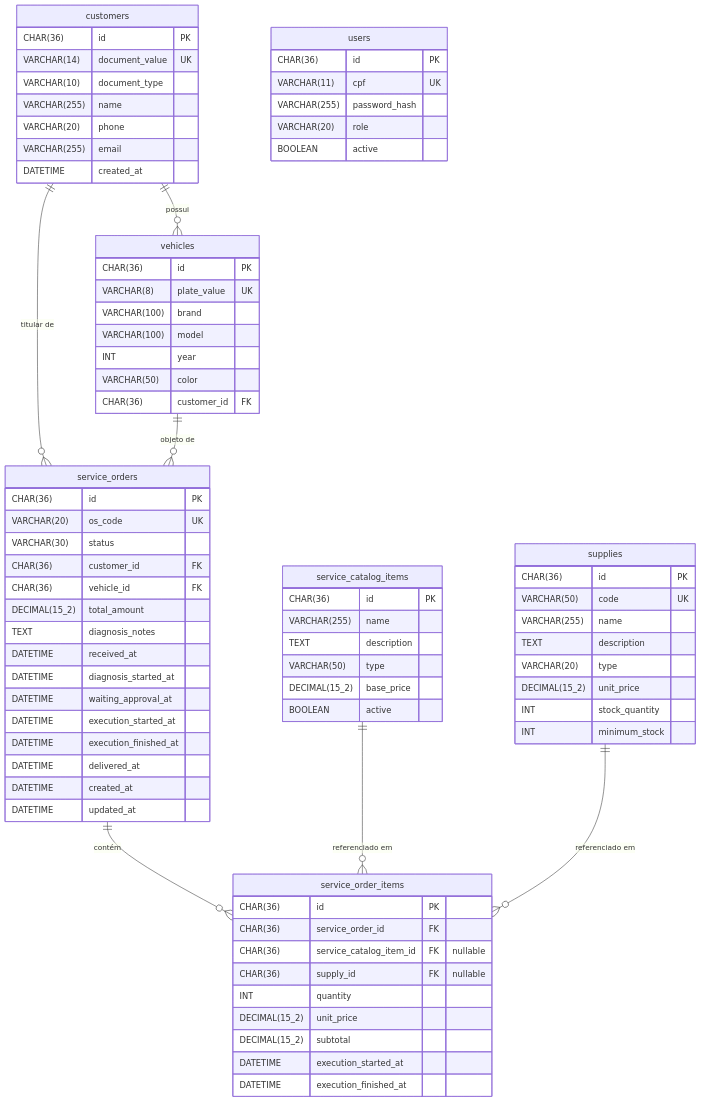
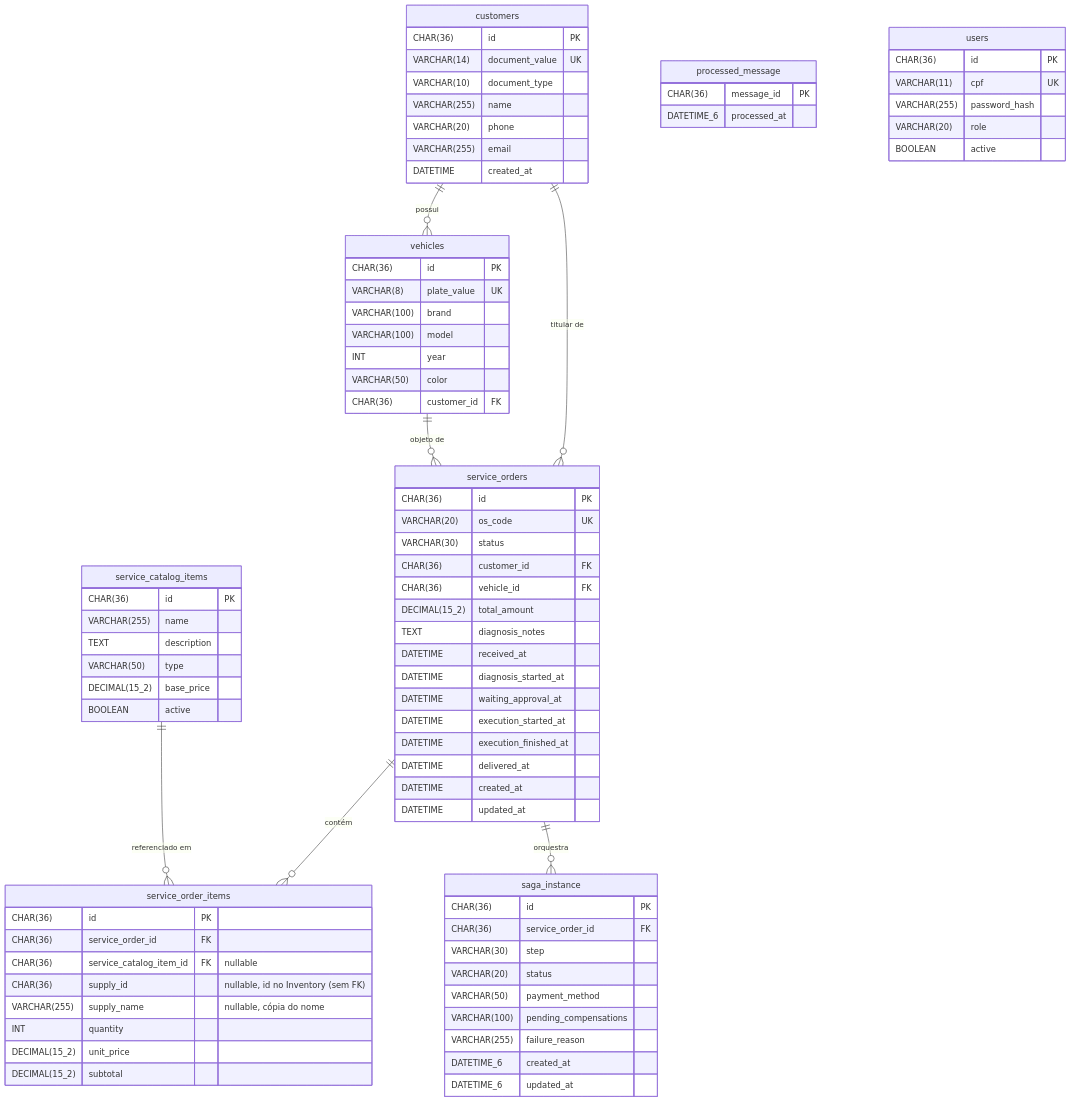
The second of 2 diagrams in README.md (Adriana-Meyer/fiap-tech-challenge-os-service), drawn with Mermaid before and after one commit. The commit also changed other lines of this file and 151 other files, not shown here.

Commit message:
refactor: turn the OS service into the saga orchestrator (snapshots, saga state, Inventory client) (#42)

````diff
--- a/README.md
+++ b/README.md
@@ -317,17 +326,6 @@
         BOOLEAN       active
     }
 
-    supplies {
-        CHAR(36)      id             PK
-        VARCHAR(50)   code           UK
-        VARCHAR(255)  name
-        TEXT          description
-        VARCHAR(20)   type
-        DECIMAL(15_2) unit_price
-        INT           stock_quantity
-        INT           minimum_stock
-    }
-
     service_orders {
         CHAR(36)      id                    PK
         VARCHAR(20)   os_code               UK
@@ -350,12 +348,28 @@
         CHAR(36)      id                      PK
         CHAR(36)      service_order_id        FK
         CHAR(36)      service_catalog_item_id FK "nullable"
-        CHAR(36)      supply_id               FK "nullable"
+        CHAR(36)      supply_id                  "nullable, id no Inventory (sem FK)"
+        VARCHAR(255)  supply_name                "nullable, cópia do nome"
         INT           quantity
         DECIMAL(15_2) unit_price
         DECIMAL(15_2) subtotal
-        DATETIME      execution_started_at
-        DATETIME      execution_finished_at
+    }
+
+    saga_instance {
+        CHAR(36)     id                    PK
+        CHAR(36)     service_order_id      FK
+        VARCHAR(30)  step
+        VARCHAR(20)  status
+        VARCHAR(50)  payment_method
+        VARCHAR(100) pending_compensations
+        VARCHAR(255) failure_reason
+        DATETIME_6   created_at
+        DATETIME_6   updated_at
+    }
+
+    processed_message {
+        CHAR(36)     message_id   PK
+        DATETIME_6   processed_at
     }
 
     users {
@@ -371,5 +385,5 @@
     vehicles     ||--o{ service_orders      : "objeto de"
     service_orders ||--o{ service_order_items : "contém"
     service_catalog_items ||--o{ service_order_items : "referenciado em"
-    supplies     ||--o{ service_order_items : "referenciado em"
+    service_orders ||--o{ saga_instance     : "orquestra"
 ```
````
